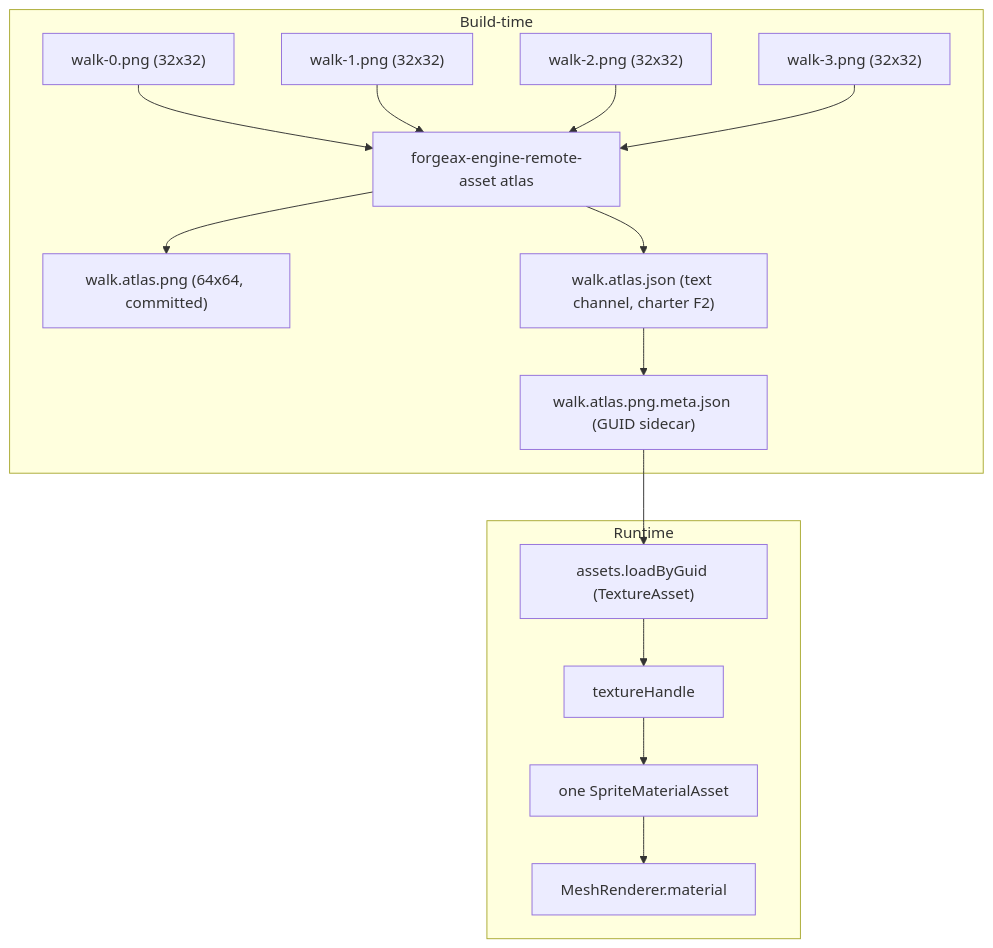
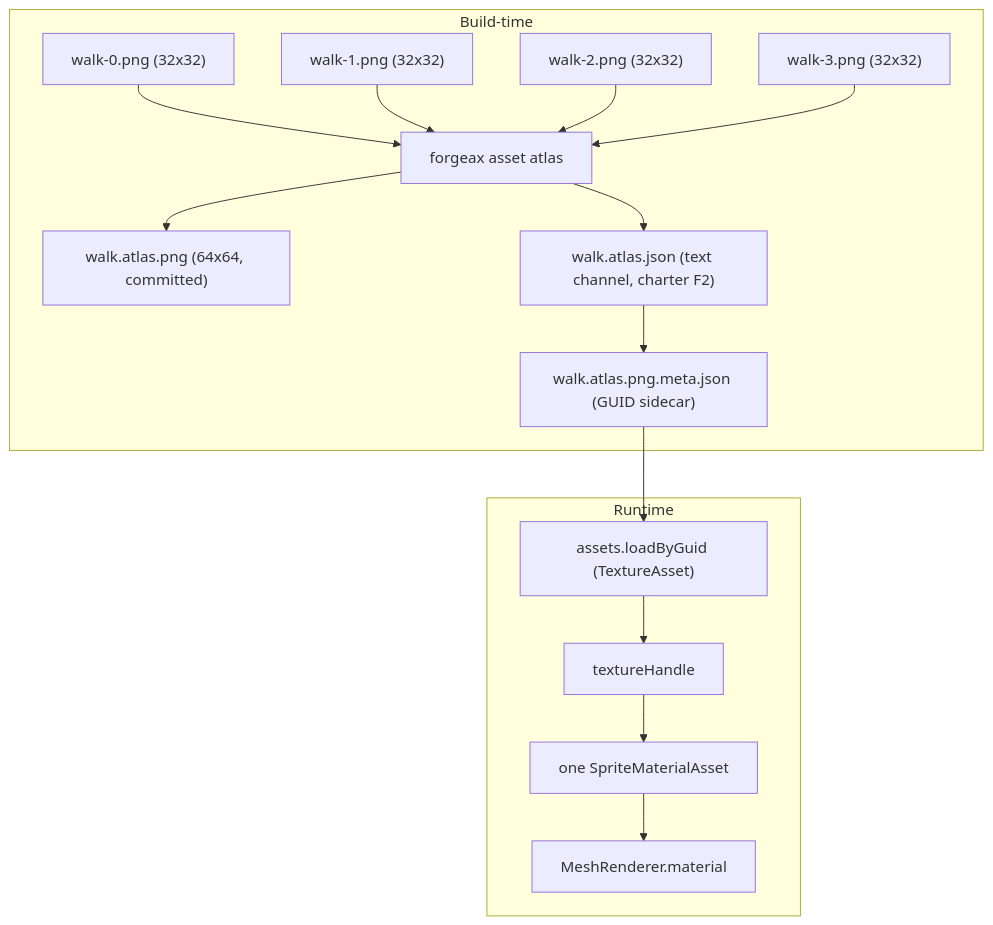
Before and after one commit to ForgeaX-Games/forgeax-editor: the diagram in packages/engine/apps/hello/sprite-atlas/README.md, drawn with Mermaid. The commit also changed other lines of this file and 7023 other files, not shown here.

````diff
--- a/packages/engine/apps/hello/sprite-atlas/README.md
+++ b/packages/engine/apps/hello/sprite-atlas/README.md
@@ -66,18 +66,18 @@
 ```mermaid
 flowchart TD
   subgraph build["Build-time"]
-    png0["walk-0.png (32x32)"] --> atlasCLI["forgeax-engine-remote-asset atlas"]
+    png0["walk-0.png (32x32)"] --> atlasCLI["forgeax asset atlas"]
     png1["walk-1.png (32x32)"] --> atlasCLI
     png2["walk-2.png (32x32)"] --> atlasCLI
     png3["walk-3.png (32x32)"] --> atlasCLI
     atlasCLI --> atlasPNG["walk.atlas.png (64x64, committed)"]
     atlasCLI --> sidecar["walk.atlas.json (text channel, charter F2)"]
     sidecar --> metaJSON["walk.atlas.png.meta.json (GUID sidecar)"]
   end
   subgraph runtime["Runtime"]
     metaJSON --> loadByGuid["assets.loadByGuid (TextureAsset)"]
     loadByGuid --> tex["textureHandle"]
     tex --> mat["one SpriteMaterialAsset"]
     mat --> mr["MeshRenderer.material"]
   end
 ```
````
